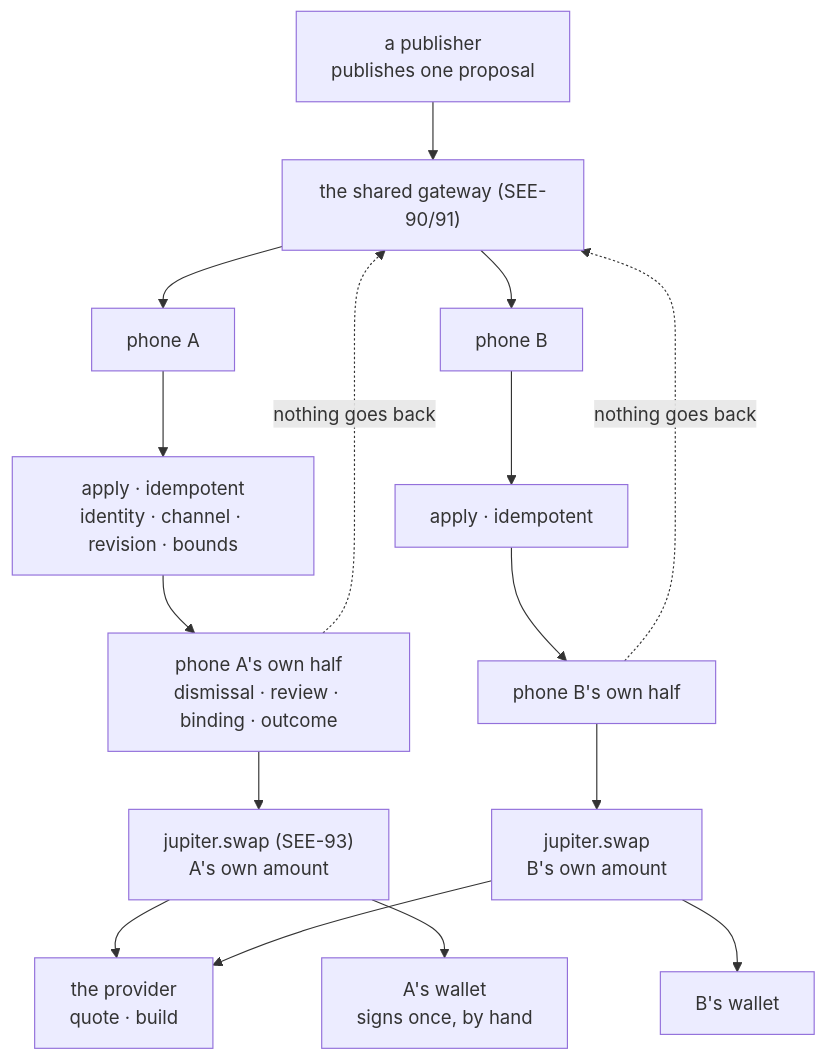
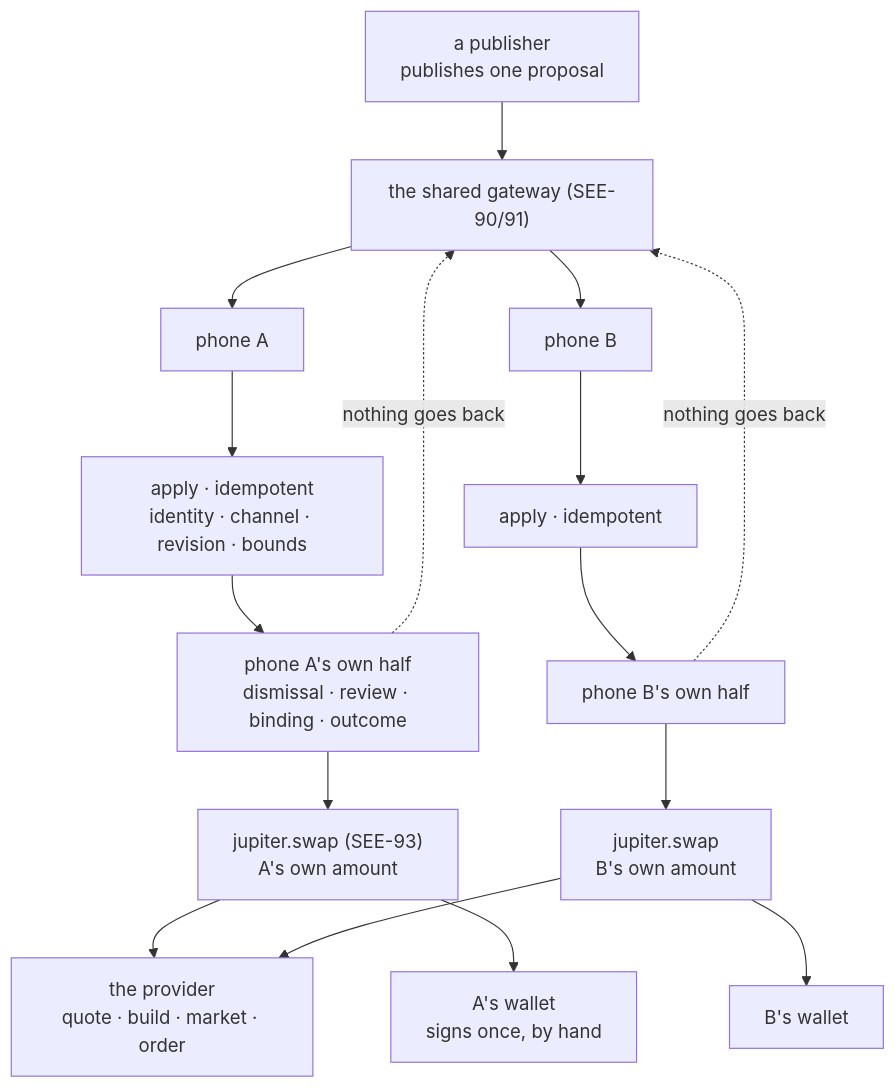
The eighth of 9 diagrams in docs/architecture.md (SeekerAgentConnect/sac), drawn with Mermaid before and after one commit. The commit also changed other lines of this file and 59 other files, not shown here.

````diff
--- a/docs/architecture.md
+++ b/docs/architecture.md
@@ -232,18 +232,18 @@
 ```mermaid
 flowchart TB
     Publish["a publisher<br>publishes one proposal"] --> Gateway["the shared gateway (SEE-90/91)"]
     Gateway --> A["phone A"]
     Gateway --> B["phone B"]
     A --> ApplyA["apply · idempotent<br>identity · channel · revision · bounds"]
     B --> ApplyB["apply · idempotent"]
     ApplyA --> LocalA["phone A's own half<br>dismissal · review · binding · outcome"]
     ApplyB --> LocalB["phone B's own half"]
     LocalA --> PlugA["jupiter.swap (SEE-93)<br>A's own amount"]
     LocalB --> PlugB["jupiter.swap<br>B's own amount"]
-    PlugA --> Provider["the provider<br>quote · build"]
+    PlugA --> Provider["the provider<br>quote · build · market · order"]
     PlugB --> Provider
     PlugA --> WalletA["A's wallet<br>signs once, by hand"]
     PlugB --> WalletB["B's wallet"]
     LocalA -. "nothing goes back" .-> Gateway
     LocalB -. "nothing goes back" .-> Gateway
 ```
````
